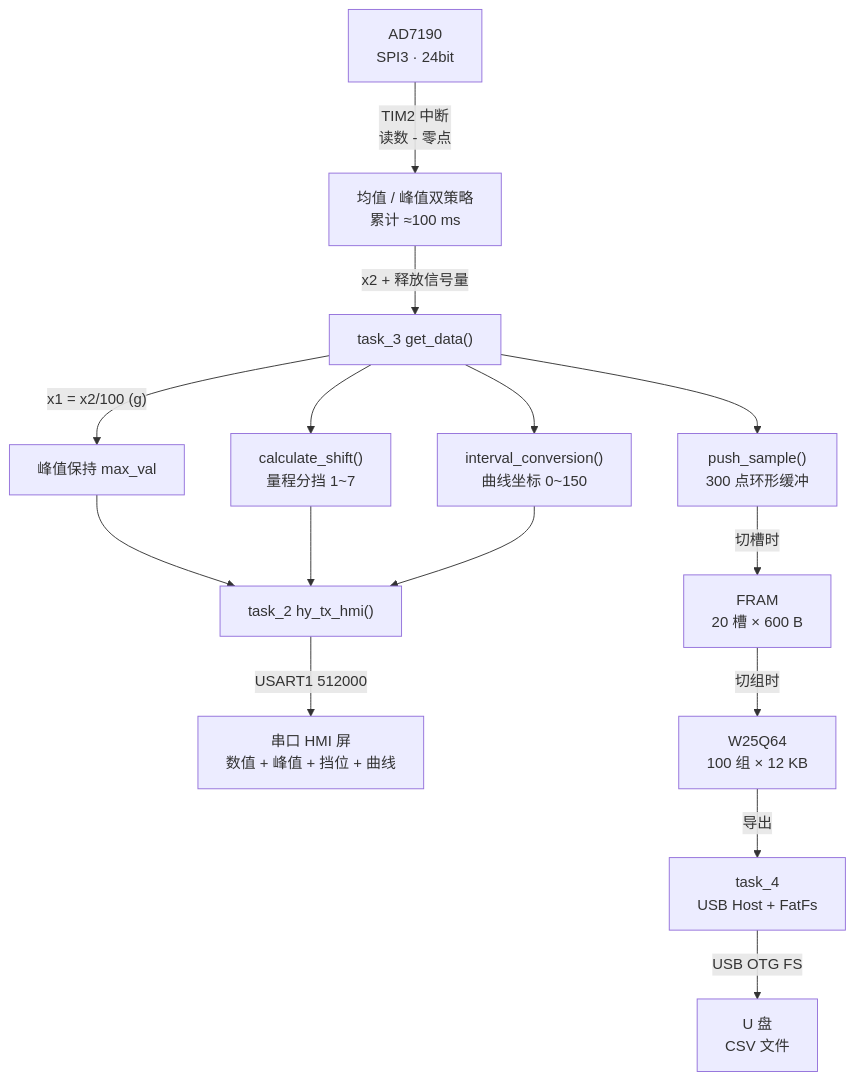
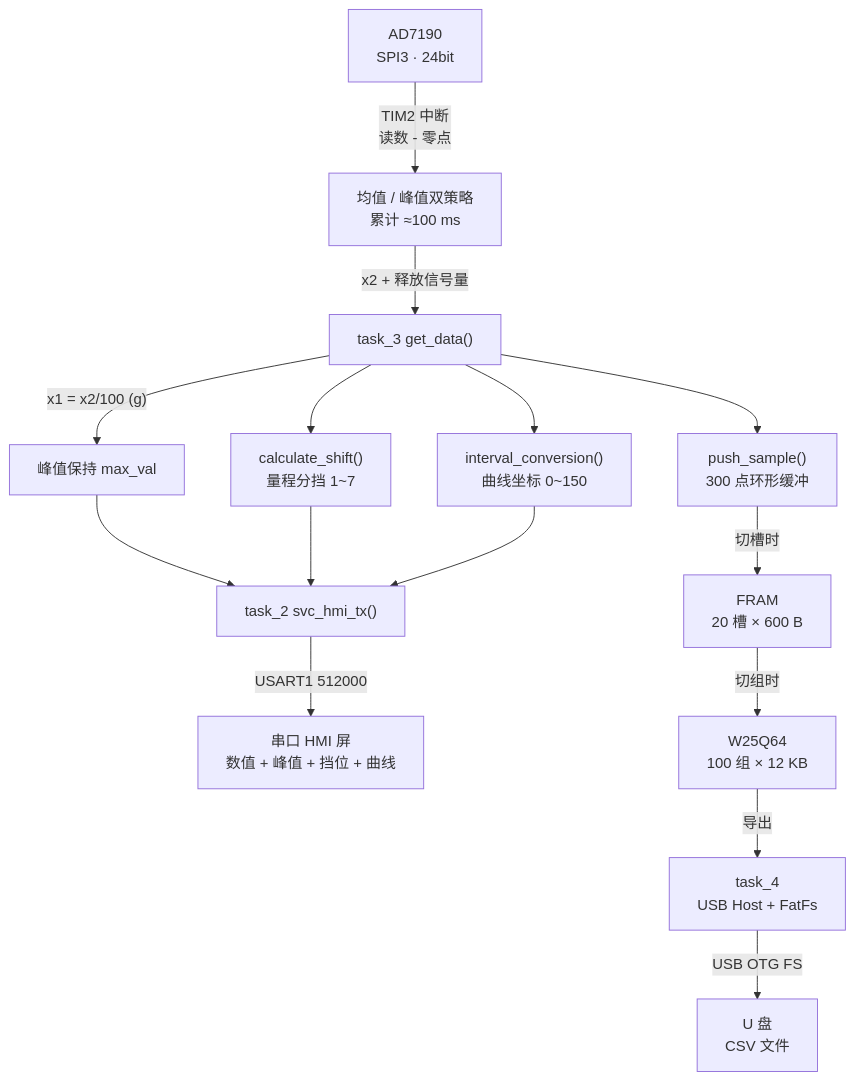
One commit to asddfg-9414/GSM01A-firmware changed the diagram in README.md. Above: the diagram before and after it, drawn with Mermaid. The commit also changed other lines of this file and 23 other files, not shown here.

````diff
--- a/README.md
+++ b/README.md
@@ -134,17 +153,17 @@
 ```mermaid
 flowchart TD
     A["AD7190<br/>SPI3 · 24bit"] -->|"TIM2 中断<br/>读数 - 零点"| B["均值 / 峰值双策略<br/>累计 ≈100 ms"]
     B -->|"x2 + 释放信号量"| C["task_3 get_data()"]
     C -->|"x1 = x2/100 (g)"| D["峰值保持 max_val"]
     C --> E["calculate_shift()<br/>量程分挡 1~7"]
     C --> F["interval_conversion()<br/>曲线坐标 0~150"]
     C --> G["push_sample()<br/>300 点环形缓冲"]
-    D --> H["task_2 hy_tx_hmi()"]
+    D --> H["task_2 svc_hmi_tx()"]
     E --> H
     F --> H
     H -->|"USART1 512000"| I["串口 HMI 屏<br/>数值 + 峰值 + 挡位 + 曲线"]
     G -->|"切槽时"| J["FRAM<br/>20 槽 × 600 B"]
     J -->|"切组时"| K["W25Q64<br/>100 组 × 12 KB"]
     K -->|"导出"| L["task_4<br/>USB Host + FatFs"]
     L -->|"USB OTG FS"| M["U 盘<br/>CSV 文件"]
 ```
````
